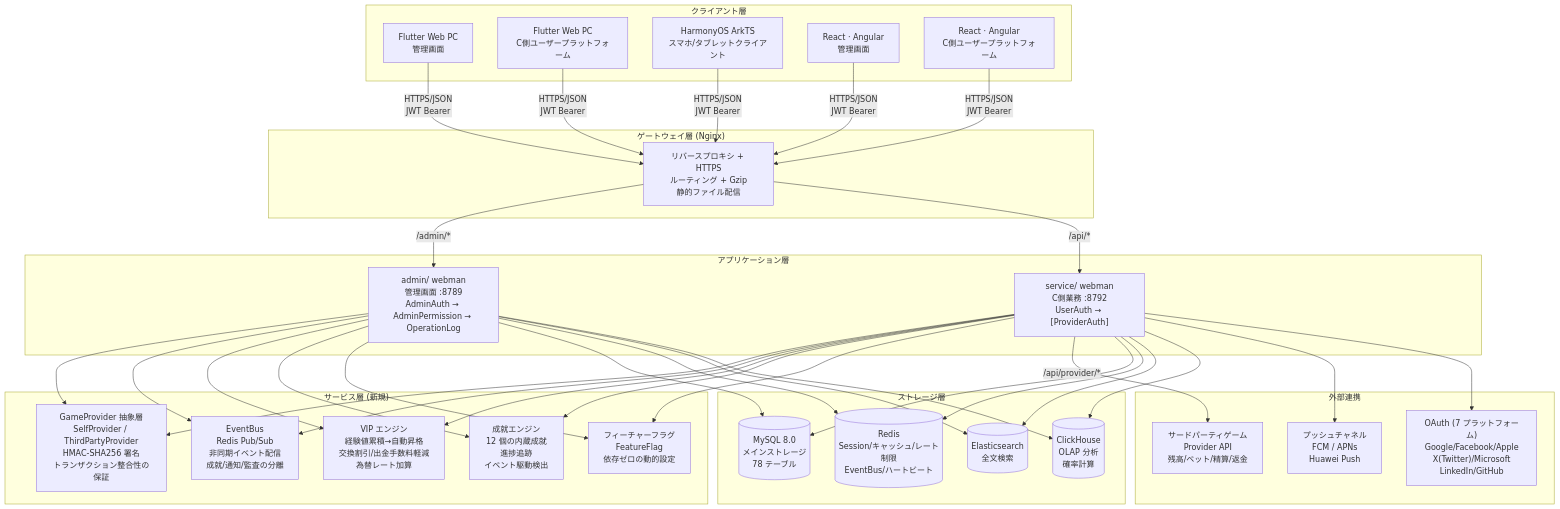
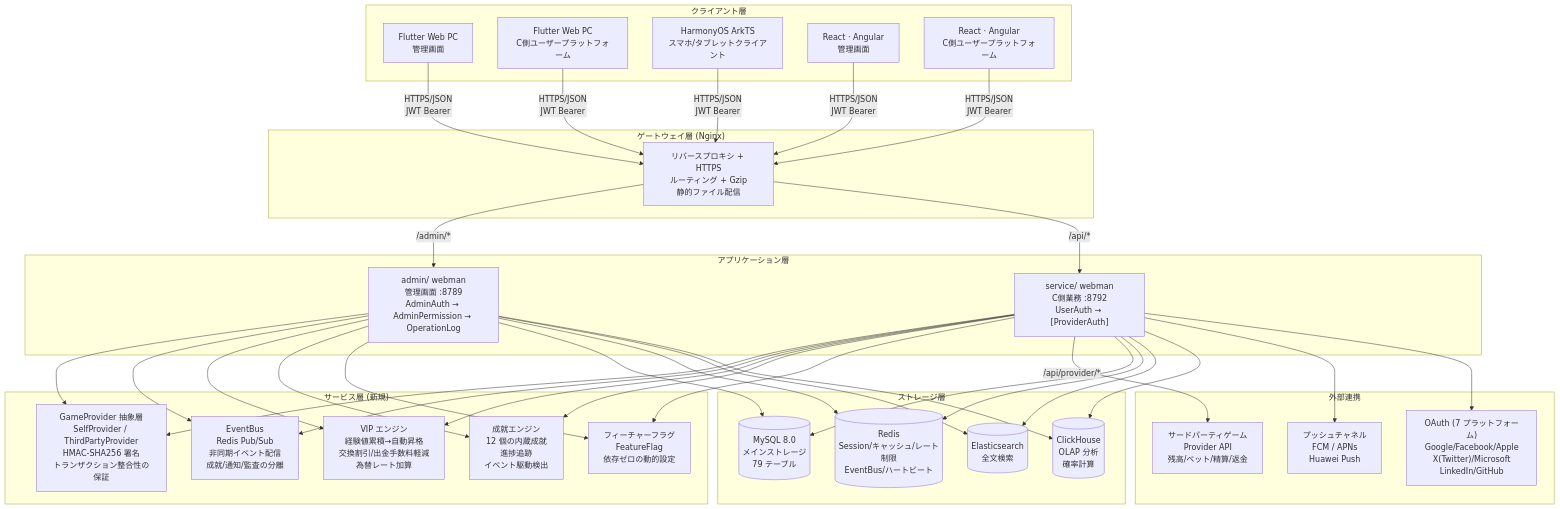
The first of 2 diagrams in docs/ARCHITECTURE.ja.md (erikwang2013/game-platform-php), drawn with Mermaid before and after one commit. The commit also changed other lines of this file and 710 other files, not shown here.

````diff
--- a/docs/ARCHITECTURE.ja.md
+++ b/docs/ARCHITECTURE.ja.md
@@ -11,48 +11,48 @@
 ```mermaid
 flowchart TB
     subgraph "クライアント層"
         A1["Flutter Web PC<br/>管理画面"]
         A2["Flutter Web PC<br/>C側ユーザープラットフォーム"]
         A3["HarmonyOS ArkTS<br/>スマホ/タブレットクライアント"]
         A4["React · Angular<br/>管理画面"]
         A5["React · Angular<br/>C側ユーザープラットフォーム"]
     end
 
     subgraph "ゲートウェイ層 (Nginx)"
         B1["リバースプロキシ + HTTPS<br/>ルーティング + Gzip<br/>静的ファイル配信"]
     end
 
     subgraph "アプリケーション層"
         C1["admin/ webman<br/>管理画面 :8789<br/>AdminAuth → AdminPermission → OperationLog"]
         C2["service/ webman<br/>C側業務 :8792<br/>UserAuth → [ProviderAuth]"]
     end
 
     subgraph "サービス層 (新規)"
         D0["GameProvider 抽象層<br/>SelfProvider / ThirdPartyProvider<br/>HMAC-SHA256 署名<br/>トランザクション整合性の保証"]
         D1["EventBus<br/>Redis Pub/Sub<br/>非同期イベント配信<br/>成就/通知/監査の分離"]
         D2["VIP エンジン<br/>経験値累積→自動昇格<br/>交換割引/出金手数料軽減<br/>為替レート加算"]
         D3["成就エンジン<br/>12 個の内蔵成就<br/>進捗追跡<br/>イベント駆動検出"]
         D4["フィーチャーフラグ<br/>FeatureFlag<br/>依存ゼロの動的設定"]
     end
 
     subgraph "ストレージ層"
-        E1[("MySQL 8.0<br/>メインストレージ<br/>78 テーブル")]
+        E1[("MySQL 8.0<br/>メインストレージ<br/>79 テーブル")]
         E2[("Redis<br/>Session/キャッシュ/レート制限<br/>EventBus/ハートビート")]
         E3[("Elasticsearch<br/>全文検索")]
         E4[("ClickHouse<br/>OLAP 分析<br/>確率計算")]
     end
 
     subgraph "外部連携"
         F1["サードパーティゲーム<br/>Provider API<br/>残高/ベット/精算/返金"]
         F2["プッシュチャネル<br/>FCM / APNs<br/>Huawei Push"]
         F3["OAuth (7 プラットフォーム)<br/>Google/Facebook/Apple<br/>X(Twitter)/Microsoft<br/>LinkedIn/GitHub"]
     end
 
     A1 & A2 & A3 & A4 & A5 -->|"HTTPS/JSON<br/>JWT Bearer"| B1
     B1 -->|"/admin/*"| C1
     B1 -->|"/api/*"| C2
     C1 & C2 --> D0 & D1 & D2 & D3 & D4
     C2 -->|"/api/provider/*"| F1
     C1 & C2 --> E1 & E2 & E3 & E4
     C2 --> F2 & F3
 ```
````
